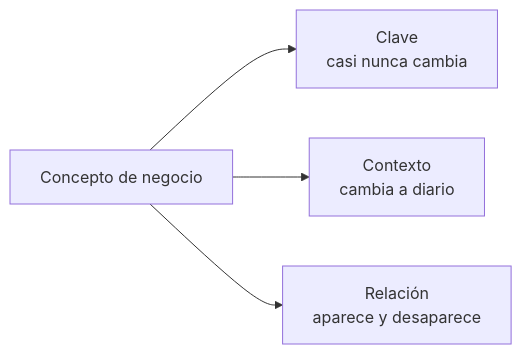
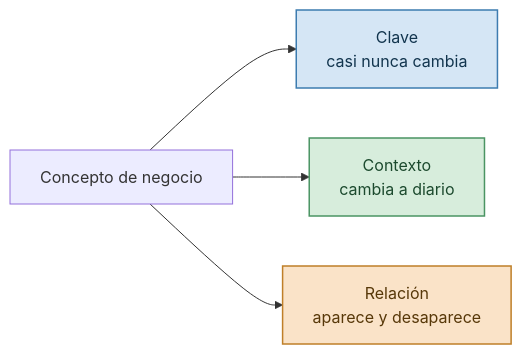
One commit to IraitzM/ingenieria-datos changed the first of 5 diagrams in content/appendices/variantes_modelado.qmd. Above: the diagram before and after it, drawn with Mermaid. The commit also changed other lines of this file and 1 other file, not shown here.

````diff
--- a/content/appendices/variantes_modelado.qmd
+++ b/content/appendices/variantes_modelado.qmd
@@ -90,6 +90,13 @@
 ```{mermaid}
 flowchart LR
     C[Concepto de negocio] --> K[Clave<br/>casi nunca cambia]
     C --> X[Contexto<br/>cambia a diario]
     C --> R[Relación<br/>aparece y desaparece]
+
+    classDef clave fill:#d5e6f5,stroke:#3d7cb0,stroke-width:1.5px,color:#12354e
+    classDef contexto fill:#d7eddc,stroke:#4a9463,stroke-width:1.5px,color:#1c4a2e
+    classDef relacion fill:#fae3c8,stroke:#bf7f28,stroke-width:1.5px,color:#573809
+    class K clave
+    class X contexto
+    class R relacion
 ```
````
